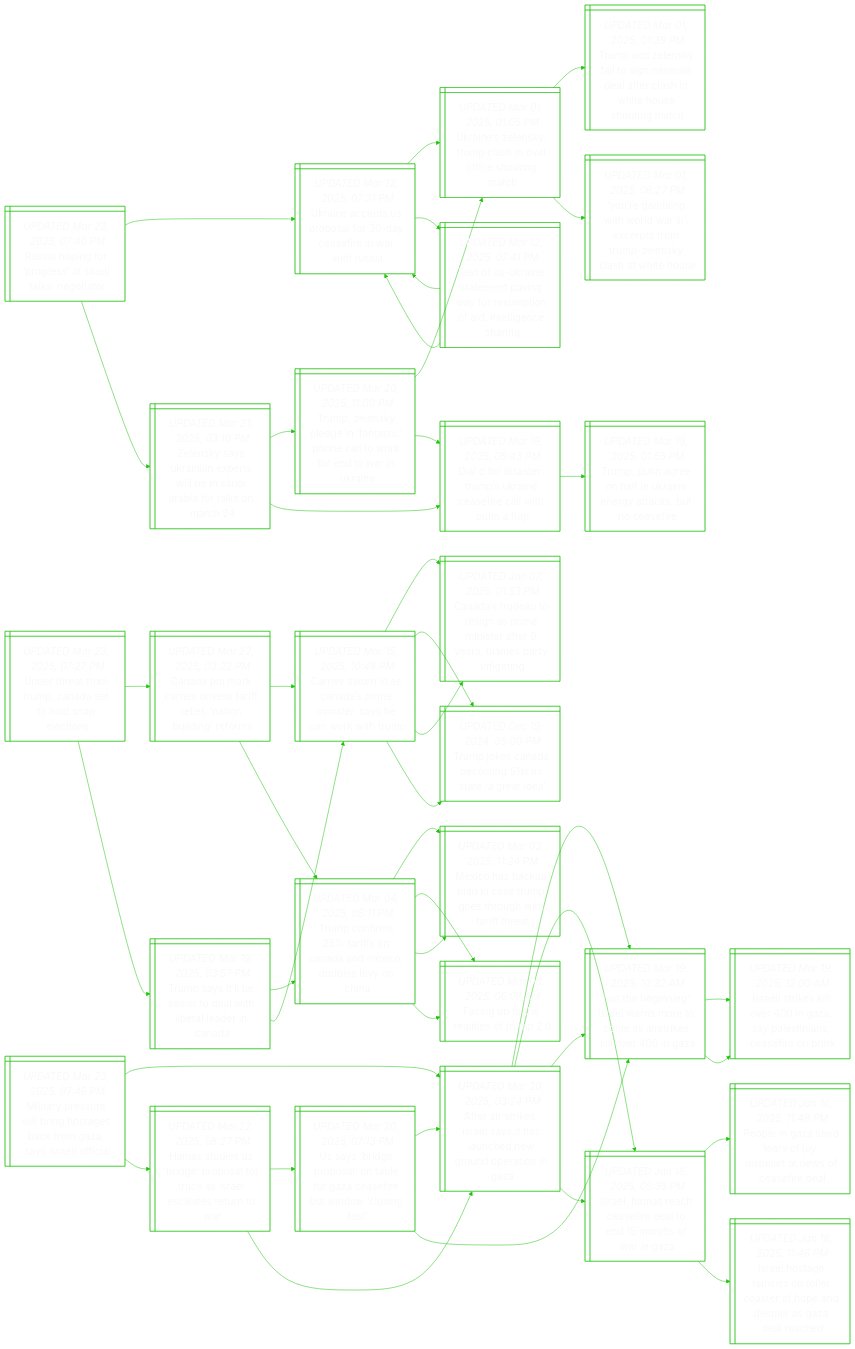
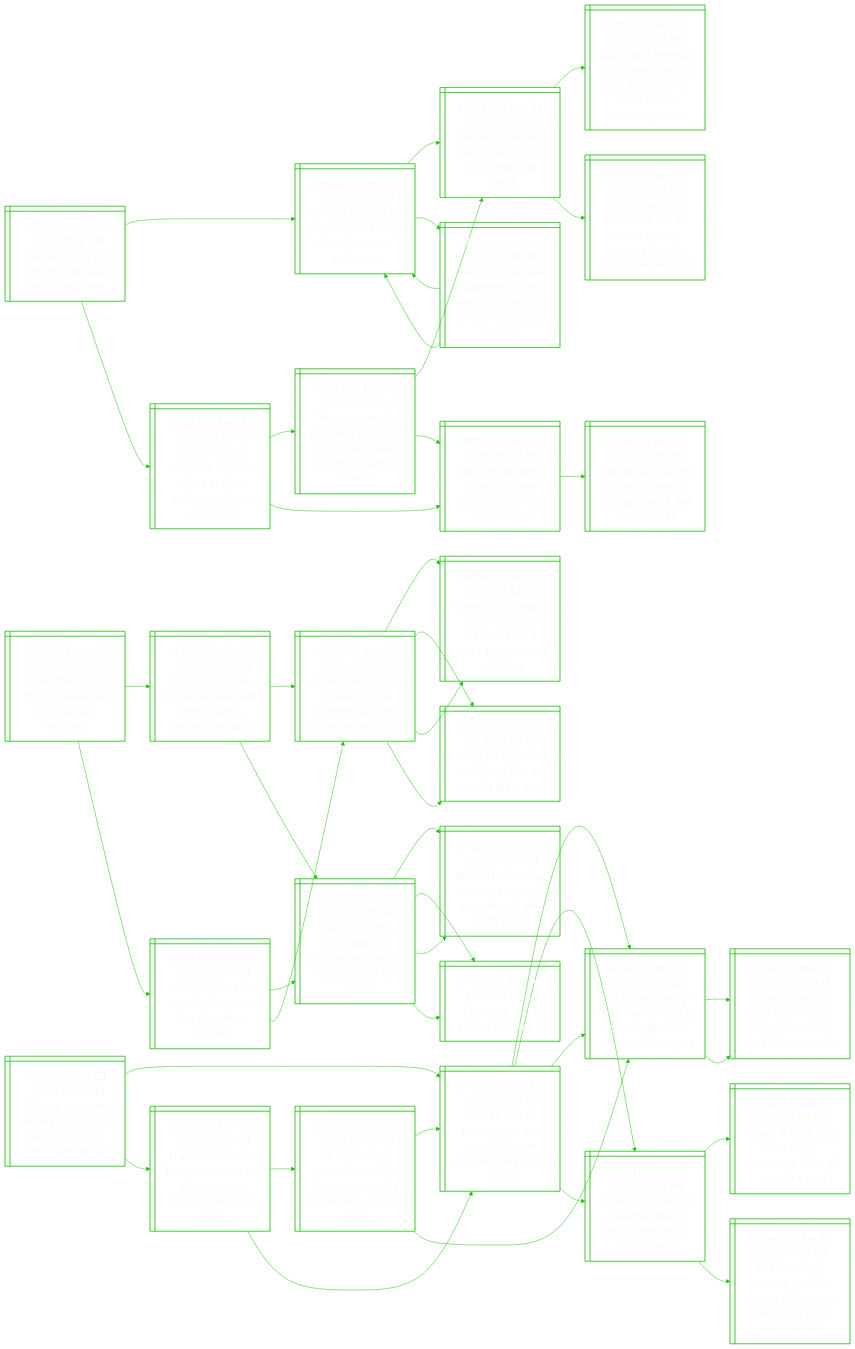
Before and after one commit to notJmes/notJmes: the diagram in README.md, drawn with Mermaid. The commit also changed other lines of this file, not shown here.

```diff
--- a/README.md
+++ b/README.md
@@ -16,7 +16,7 @@
 flowchart LR
 classDef txtsize font-size:20px;
 
-RanpeStNi@{ shape: win-pane, label: "_UPDATED Mar 23, 2025, 07:40 PM_
+RanpeStNi@{ shape: win-pane, label: "_UPDATED Mar 23, 2025, 10:14 PM_
 Russia hoping for ‘progress’ at saudi talks: negotiator" }
 UneSoocfnis@{ shape: win-pane, label: "_UPDATED Mar 12, 2025, 07:31 PM_
 Ukraine accepts us proposal for 30-day ceasefire in war with russia" }
@@ -59,7 +59,7 @@
 Zsyanrlniitoc:::txtsize --> Dfsrpaeilhnp:::txtsize
 Dfsrpaeilhnp:::txtsize --> TPaotreyctar:::txtsize
 
-Maeebhgcmssic@{ shape: win-pane, label: "_UPDATED Mar 23, 2025, 07:46 PM_
+Maeebhgcmssic@{ shape: win-pane, label: "_UPDATED Mar 23, 2025, 10:58 PM_
 Military pressure will bring hostages back from gaza, says israeli official" }
 AarIlilhwnrnz@{ shape: win-pane, label: "_UPDATED Mar 20, 2025, 03:24 PM_
 After air strikes, israel says it has launched new ground operation in gaza" }
@@ -105,7 +105,7 @@
 AarIlilhwnrnz:::txtsize --> Jhigenemiiiea:::txtsize
 AarIlilhwnrnz:::txtsize --> Ilshedoooia:::txtsize
 
-UttTCaoslo@{ shape: win-pane, label: "_UPDATED Mar 23, 2025, 07:27 PM_
+UttTCaoslo@{ shape: win-pane, label: "_UPDATED Mar 23, 2025, 08:43 PM_
 Under threat from trump, canada set to hold snap elections" }
 Carnvtfeiigr@{ shape: win-pane, label: "_UPDATED Mar 22, 2025, 03:22 PM_
 Canada pm mark carney unveils tariff relief, ‘nation building’ reforms" }
```
